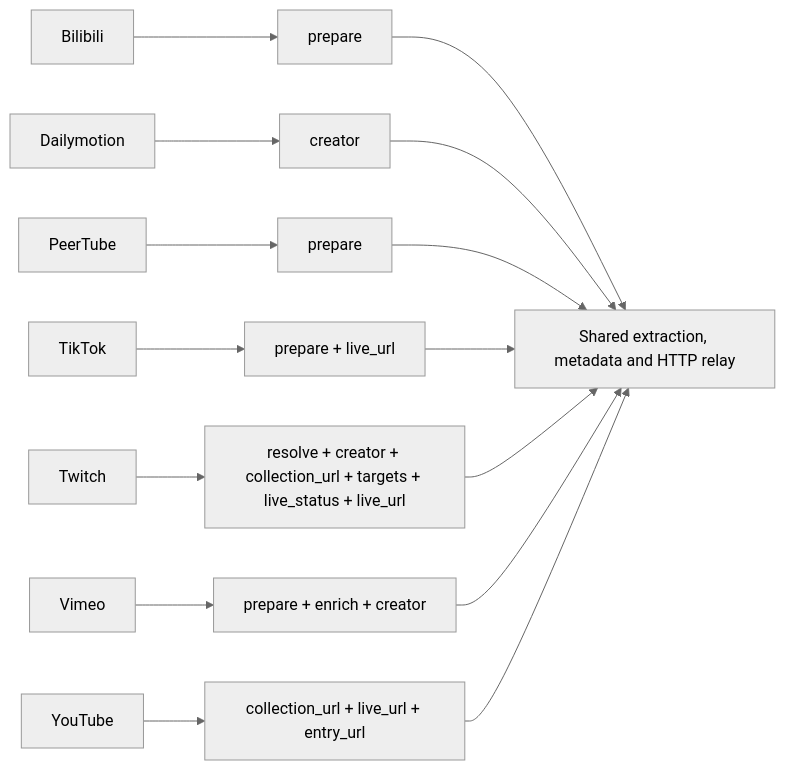
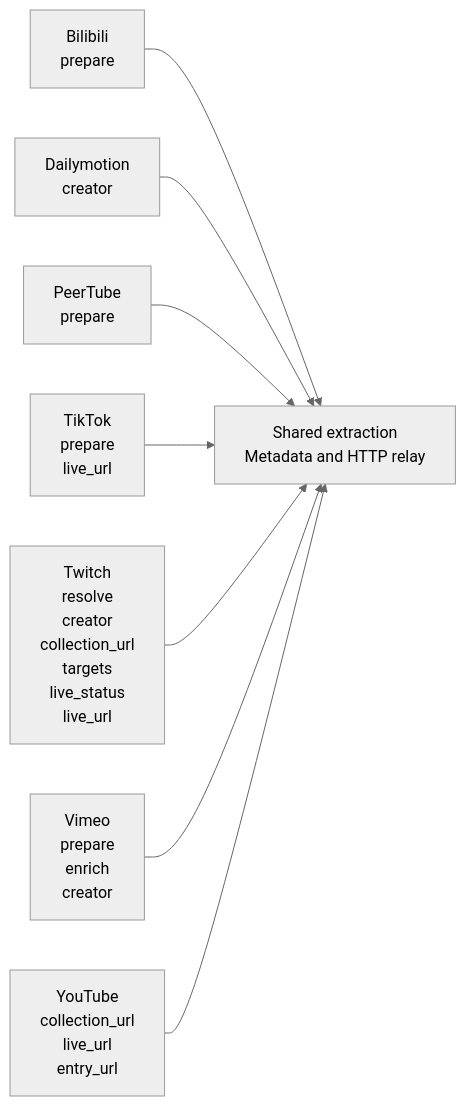
Before and after one commit to bastardsandcheats/rex-youtube: the diagram in reports/PROVIDERS.md, drawn with Mermaid (neutral theme). The commit also changed 2 other files, not shown here.

Commit message:
docs: make architecture and generated diagrams readable on GitHub

````diff
--- a/reports/PROVIDERS.md
+++ b/reports/PROVIDERS.md
@@ -17,11 +17,11 @@
 ```mermaid
 flowchart LR
-  shared["Shared extraction, metadata and HTTP relay"]
-  site0["Bilibili"] --> hooks0["prepare"] --> shared
-  site1["Dailymotion"] --> hooks1["creator"] --> shared
-  site2["PeerTube"] --> hooks2["prepare"] --> shared
-  site3["TikTok"] --> hooks3["prepare + live_url"] --> shared
-  site4["Twitch"] --> hooks4["resolve + creator + collection_url + targets + live_status + live_url"] --> shared
-  site5["Vimeo"] --> hooks5["prepare + enrich + creator"] --> shared
-  site6["YouTube"] --> hooks6["collection_url + live_url + entry_url"] --> shared
+  shared["Shared extraction<br/>Metadata and HTTP relay"]
+  site0["Bilibili<br/>prepare"] --> shared
+  site1["Dailymotion<br/>creator"] --> shared
+  site2["PeerTube<br/>prepare"] --> shared
+  site3["TikTok<br/>prepare<br/>live_url"] --> shared
+  site4["Twitch<br/>resolve<br/>creator<br/>collection_url<br/>targets<br/>live_status<br/>live_url"] --> shared
+  site5["Vimeo<br/>prepare<br/>enrich<br/>creator"] --> shared
+  site6["YouTube<br/>collection_url<br/>live_url<br/>entry_url"] --> shared
 ```
````
